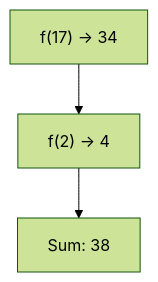
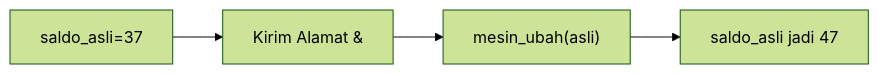
Before and after one commit to amnahwaida/OSNK_INF_PREP: the first of 25 diagrams in part-c-pemahaman-cpp/04-fungsi/latihan/set-03.md, drawn with Mermaid (forest theme). The commit also changed other lines of this file and 71 other files, not shown here.

````diff
--- a/part-c-pemahaman-cpp/04-fungsi/latihan/set-03.md
+++ b/part-c-pemahaman-cpp/04-fungsi/latihan/set-03.md
@@ -21,5 +21,6 @@
 ```mermaid
-graph TD
-A["f(17) -> 34"] --> B["f(2) -> 4"]
-B --> C["Sum: 38"]
+graph LR
+A["saldo_asli=37"] --> B["Kirim Alamat &"]
+B --> C["mesin_ubah(asli)"]
+C --> D["saldo_asli jadi 47"]
 ```
````
